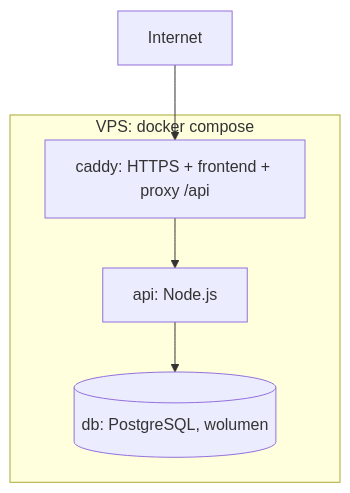
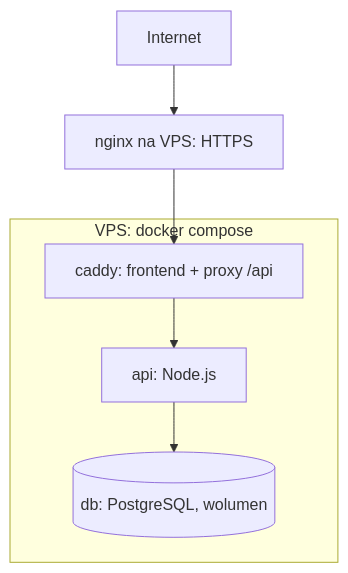
One commit to FullC0ntrol/PeTracker-FinalVersion changed the fifth of 5 diagrams in plan/04-architektura.md. Above: the diagram before and after it, drawn with Mermaid. The commit also changed other lines of this file and 20 other files, not shown here.

````diff
--- a/plan/04-architektura.md
+++ b/plan/04-architektura.md
@@ -240,9 +237,10 @@
 ```mermaid
 flowchart TB
+  Internet --> N[nginx na VPS: HTTPS]
   subgraph VPS [VPS: docker compose]
-    C[caddy: HTTPS + frontend + proxy /api]
+    C[caddy: frontend + proxy /api]
     A[api: Node.js]
     D[(db: PostgreSQL, wolumen)]
   end
-  Internet --> C --> A --> D
+  N --> C --> A --> D
 ```
````
